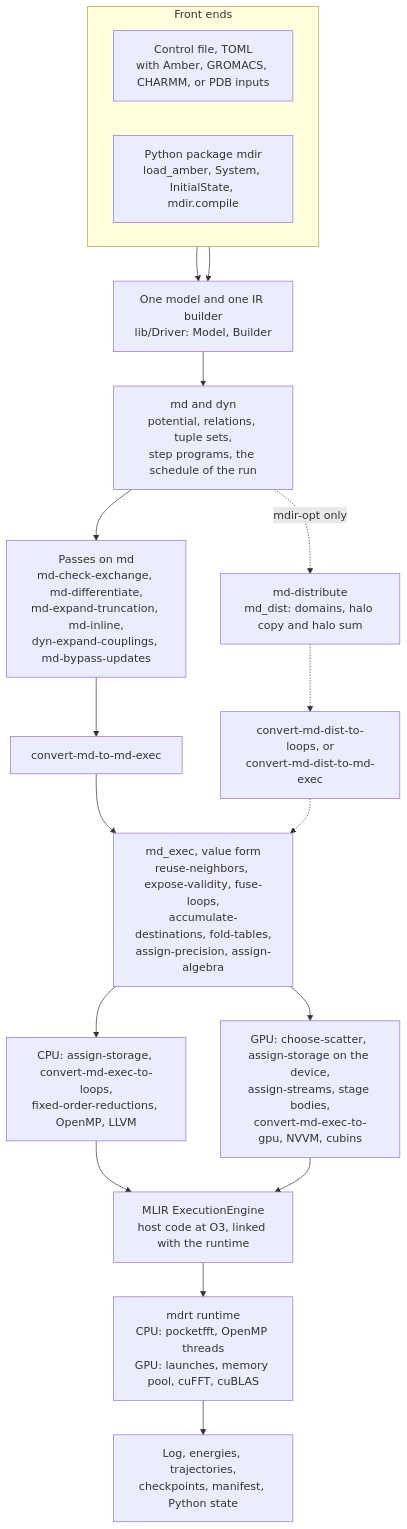
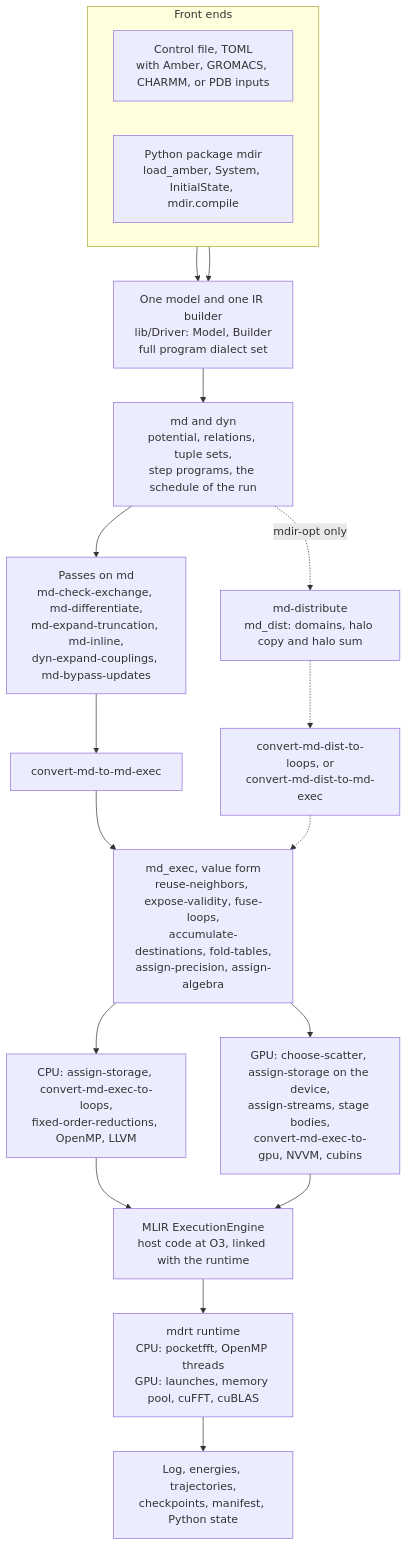
The first of 4 diagrams in docs/overview.md (vv137/mdir), drawn with Mermaid before and after one commit. The commit also changed other lines of this file and 8 other files, not shown here.

````diff
--- a/docs/overview.md
+++ b/docs/overview.md
@@ -72,23 +72,23 @@
 ```mermaid
 flowchart TD
     subgraph FE["Front ends"]
         direction LR
         CF["Control file, TOML<br/>with Amber, GROMACS, CHARMM, or PDB inputs"]
         PY["Python package mdir<br/>load_amber, System, InitialState, mdir.compile"]
     end
-    CF --> MODEL["One model and one IR builder<br/>lib/Driver: Model, Builder"]
+    CF --> MODEL["One model and one IR builder<br/>lib/Driver: Model, Builder<br/>full program dialect set"]
     PY --> MODEL
     MODEL --> SEM["md and dyn<br/>potential, relations, tuple sets,<br/>step programs, the schedule of the run"]
     SEM --> MDP["Passes on md<br/>md-check-exchange, md-differentiate,<br/>md-expand-truncation, md-inline,<br/>dyn-expand-couplings, md-bypass-updates"]
     MDP --> CONV["convert-md-to-md-exec"]
     CONV --> EXV["md_exec, value form<br/>reuse-neighbors, expose-validity, fuse-loops,<br/>accumulate-destinations, fold-tables,<br/>assign-precision, assign-algebra"]
     EXV --> CPU["CPU: assign-storage, convert-md-exec-to-loops,<br/>fixed-order-reductions, OpenMP, LLVM"]
     EXV --> GPU["GPU: choose-scatter, assign-storage on the device,<br/>assign-streams, stage bodies,<br/>convert-md-exec-to-gpu, NVVM, cubins"]
     CPU --> JIT["MLIR ExecutionEngine<br/>host code at O3, linked with the runtime"]
     GPU --> JIT
     JIT --> RT["mdrt runtime<br/>CPU: pocketfft, OpenMP threads<br/>GPU: launches, memory pool, cuFFT, cuBLAS"]
     RT --> OUT["Log, energies, trajectories,<br/>checkpoints, manifest, Python state"]
     SEM -.->|"mdir-opt only"| DIST["md-distribute<br/>md_dist: domains, halo copy and halo sum"]
     DIST -.-> DL["convert-md-dist-to-loops, or<br/>convert-md-dist-to-md-exec"]
     DL -.-> EXV
 ```
````
